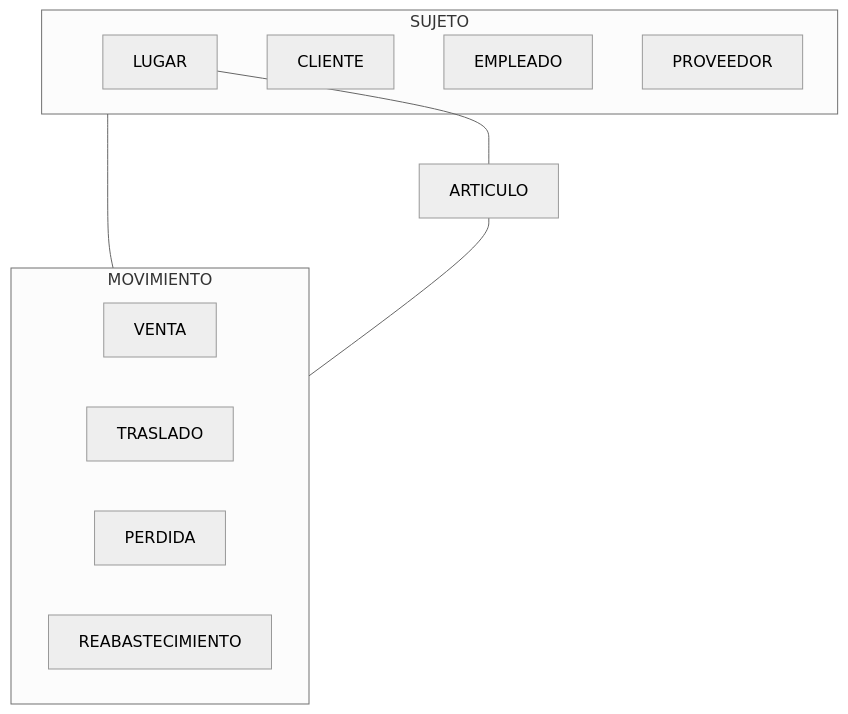
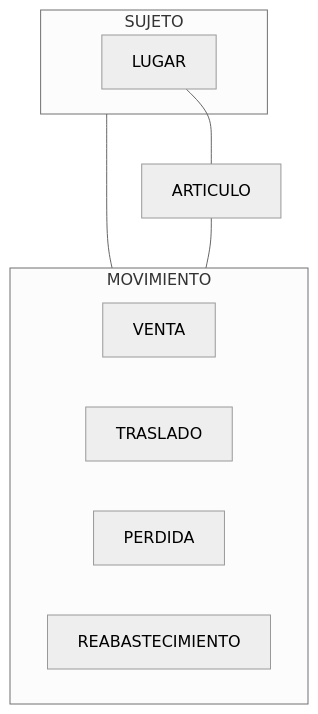
The first of 5 diagrams in README.md (Rarity03/docs), drawn with Mermaid (neutral theme) before and after one commit. The commit also changed other lines of this file, not shown here.

````diff
--- a/README.md
+++ b/README.md
@@ -52,19 +52,17 @@
 ```mermaid
 graph TD;
     LUGAR---ARTICULO;    
     SUJETO---MOVIMIENTO;
     ARTICULO---MOVIMIENTO;
     subgraph MOVIMIENTO
         VENTA
         TRASLADO
         PERDIDA
         REABASTECIMIENTO
     end
 
     subgraph SUJETO
-        CLIENTE
-        EMPLEADO
-        PROVEEDOR
+        
         LUGAR
     end
 ```
````
